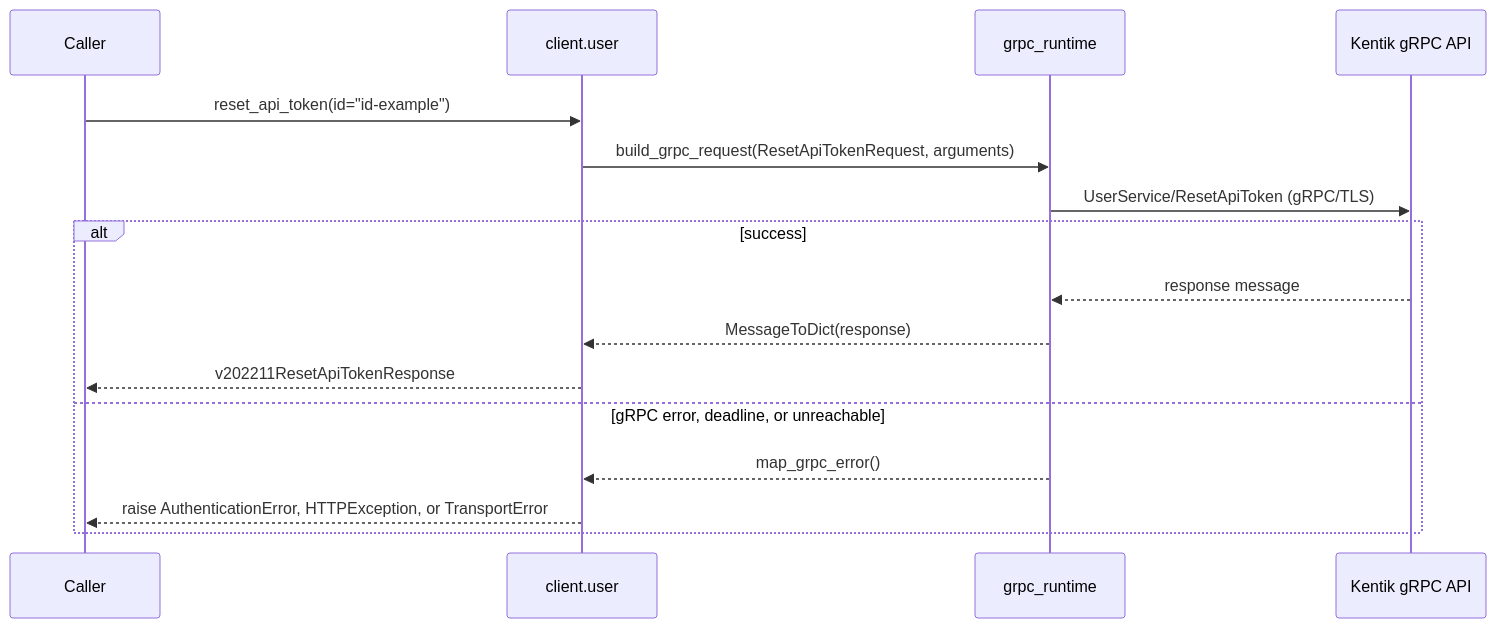
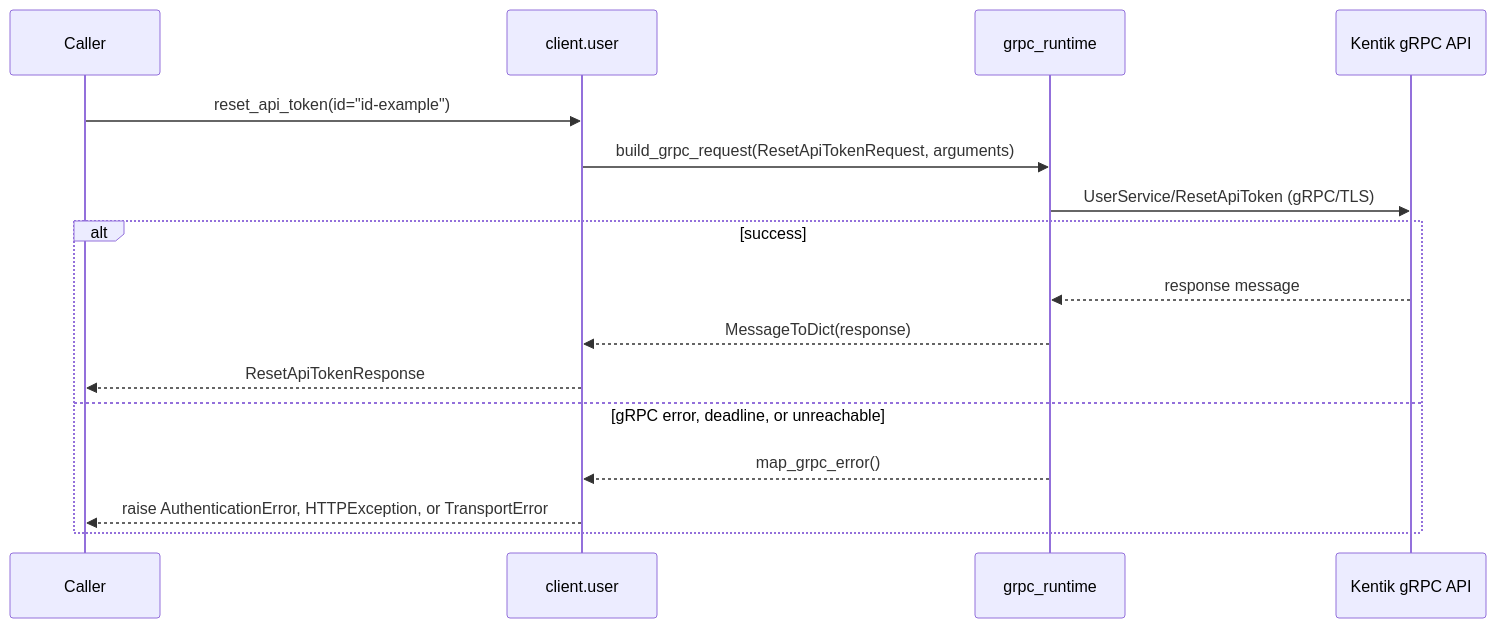
Diagram 15 of 16 in docs/sphinx/services/user.md (alexdearaujo/community_sdk_python), drawn with Mermaid before and after one commit. The commit also changed other lines of this file and 38 other files, not shown here.

````diff
--- a/docs/sphinx/services/user.md
+++ b/docs/sphinx/services/user.md
@@ -509,19 +509,19 @@
 ```mermaid
 sequenceDiagram
     participant C as Caller
     participant W as client.user
     participant R as grpc_runtime
     participant API as Kentik gRPC API
 
     C->>W: reset_api_token(id="id-example")
     W->>R: build_grpc_request(ResetApiTokenRequest, arguments)
     R->>API: UserService/ResetApiToken (gRPC/TLS)
     alt success
         API-->>R: response message
         R-->>W: MessageToDict(response)
-        W-->>C: v202211ResetApiTokenResponse
+        W-->>C: ResetApiTokenResponse
     else gRPC error, deadline, or unreachable
         R-->>W: map_grpc_error()
         W-->>C: raise AuthenticationError, HTTPException, or TransportError
     end
 ```
````
